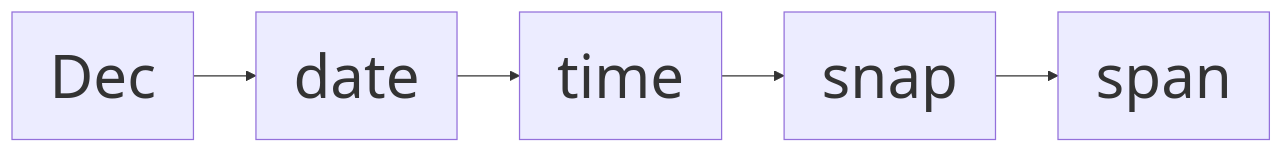
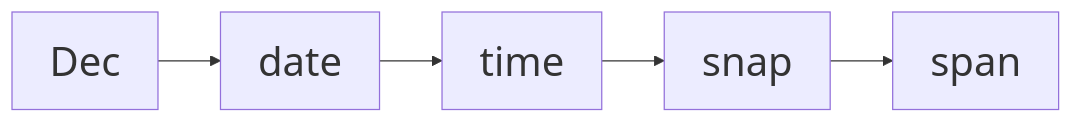
The first of 5 diagrams in dec/date/index.qmd (maptv/maptv.github.io), drawn with Mermaid before and after one commit. The commit also changed other lines of this file and 5 other files, not shown here.

````diff
--- a/dec/date/index.qmd
+++ b/dec/date/index.qmd
@@ -32,11 +32,11 @@
 ```{mermaid}
 %%| label: navchart
-%%{init: {'theme': 'default', 'themeVariables': { 'fontSize': '48px'}}}%%
+%%{init: {'theme': 'default', 'themeVariables': { 'fontSize': '32px'}}}%%
 flowchart LR
    A[Dec]-->B[date]-->C[time]-->D[snap]-->E[span]
    click A "/dec"
    click B "/dec/date"
    click C "/dec/time"
    click D "/dec/snap"
    click E "/dec/span"
 ```
````
